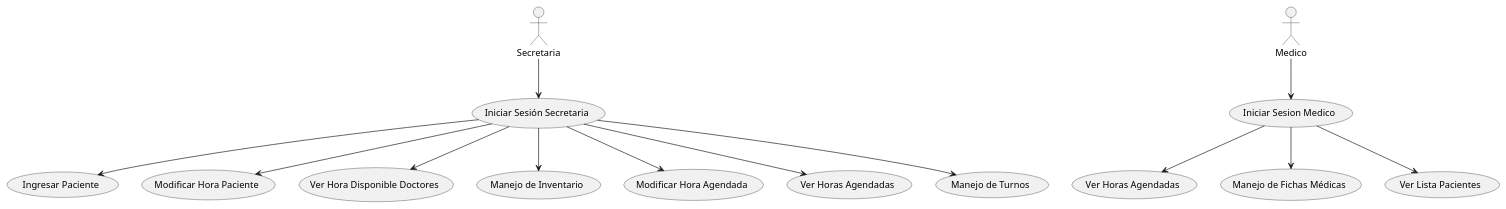
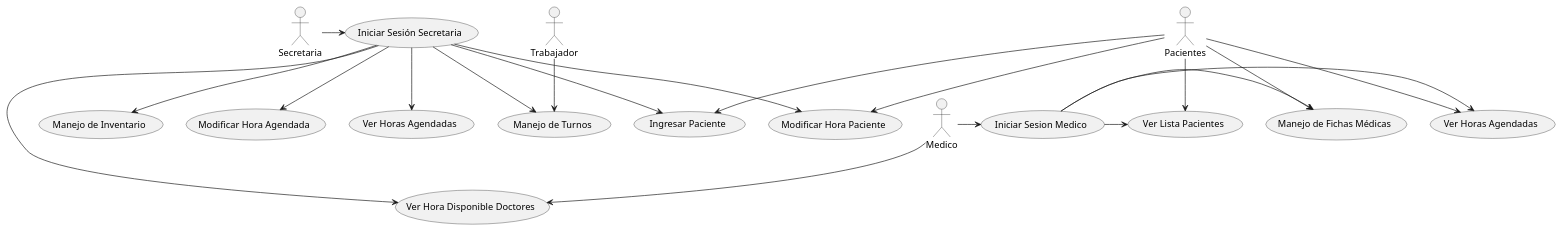
One commit to ecadiz123/ProyectoAvaloniaProgra2 changed the diagram in CasoDeUso.puml. Above: the diagram before and after it, drawn with PlantUML.

Commit message:
Modificacion Caso de Uso

```diff
--- a/CasoDeUso.puml
+++ b/CasoDeUso.puml
@@ -1,34 +1,44 @@
 @startuml CasoDeUso
 actor Secretaria
 actor Medico
+actor Pacientes
+actor Trabajador
 
 usecase "Iniciar Sesión Secretaria" as UCS0
 usecase "Iniciar Sesion Medico" as UCM0
 
 usecase "Ingresar Paciente" as UCS1
 usecase "Modificar Hora Paciente" as UCS2
 usecase "Ver Hora Disponible Doctores" as UCS3
 usecase "Manejo de Inventario" as UCS4
 usecase "Modificar Hora Agendada" as UCS5
 usecase "Ver Horas Agendadas" as UCS6
 usecase "Manejo de Turnos" as UCS7
 
 usecase "Ver Horas Agendadas" as UCM1
 usecase "Manejo de Fichas Médicas" as UCM2
 usecase "Ver Lista Pacientes" as UCM3
 
-Secretaria --> UCS0 
+Secretaria -> UCS0 
 UCS0 --> UCS1
 UCS0 --> UCS2
 UCS0 --> UCS3
 UCS0 --> UCS4
 UCS0 --> UCS5
 UCS0 --> UCS6
 UCS0 --> UCS7
 
-Medico --> UCM0
-UCM0 --> UCM1
-UCM0 --> UCM2
-UCM0 --> UCM3
+Medico -> UCM0
+UCM0 -> UCM1
+UCM0 -> UCM2
+UCM0 -> UCM3
+Medico --> UCS3
 
+Pacientes -->UCS1
+Pacientes -->UCS2
+Pacientes -->UCM1
+Pacientes -->UCM2
+Pacientes -->UCM3
+
+Trabajador --> UCS7
 @enduml
```
